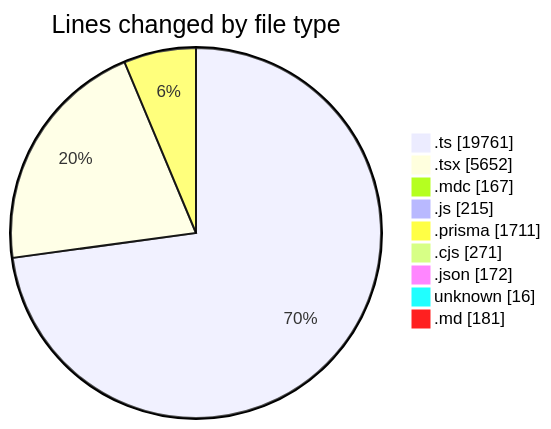
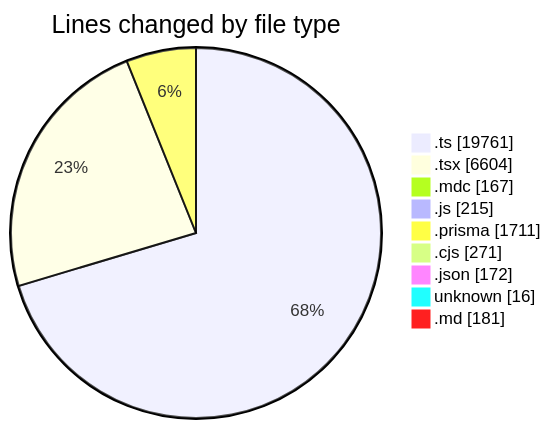
Before and after one commit to CELIANVF/code-tracking: the first of 2 diagrams in 2025-06-06/ecodeli-1/README.md, drawn with Mermaid. The commit also changed other lines of this file and 1 other file, not shown here.

````diff
--- a/2025-06-06/ecodeli-1/README.md
+++ b/2025-06-06/ecodeli-1/README.md
@@ -100,13 +100,13 @@
 ```mermaid
 pie showData
 title Lines changed by file type
 ".ts" : 19761
-".tsx" : 5652
+".tsx" : 6604
 ".mdc" : 167
 ".js" : 215
 ".prisma" : 1711
 ".cjs" : 271
 ".json" : 172
 "unknown" : 16
 ".md" : 181
 ```
````
